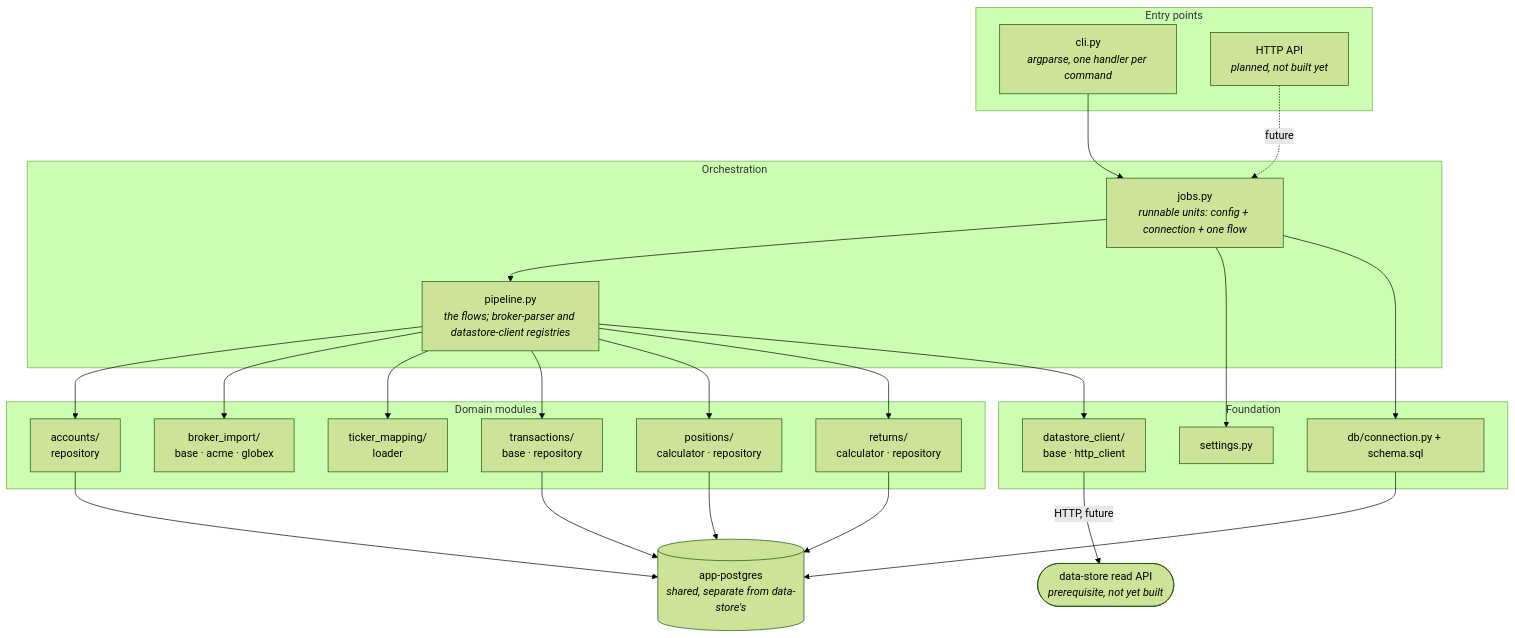
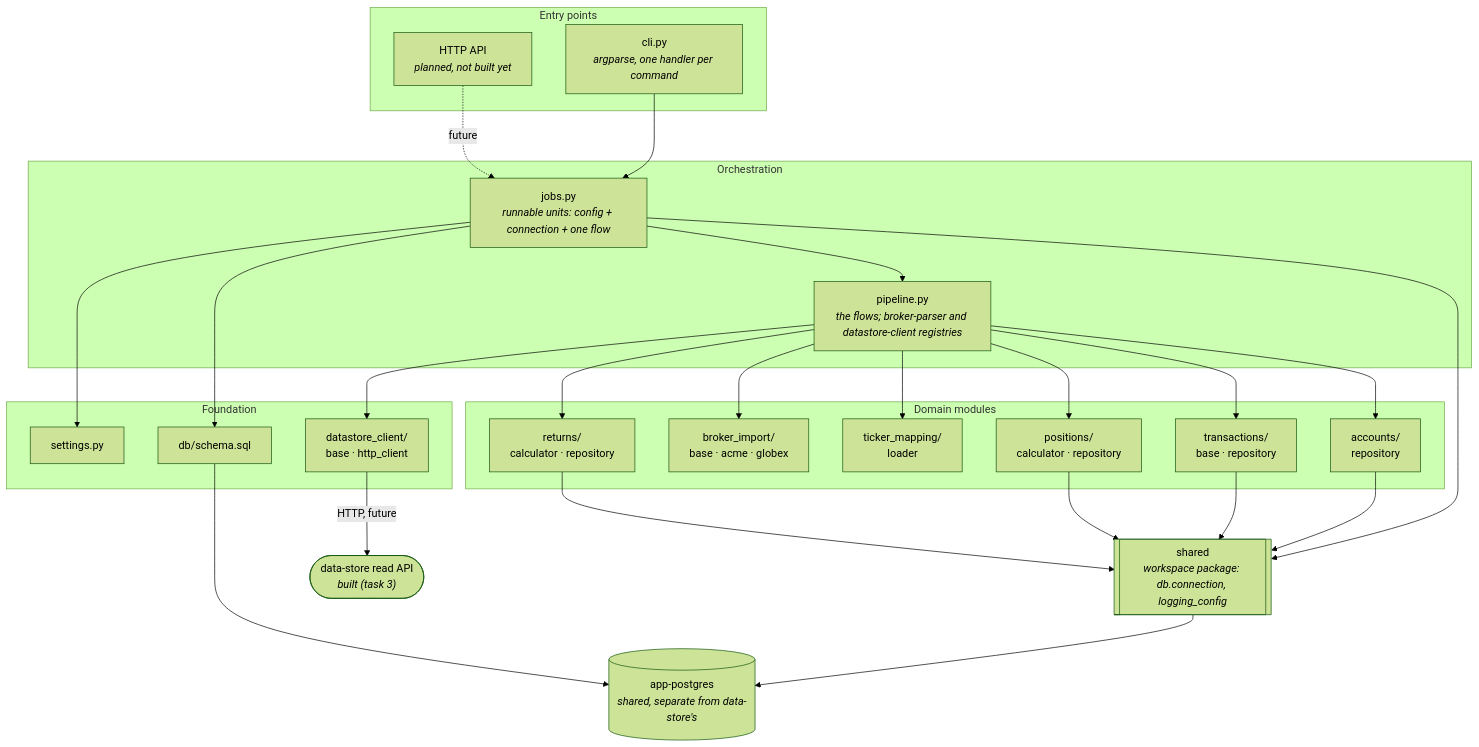
One commit to jpedropereira/Stakehold changed the first of 2 diagrams in services/portfolio/docs/architecture.md. Above: the diagram before and after it, drawn with Mermaid (forest theme). The commit also changed other lines of this file and 23 other files, not shown here.

First line of the commit message:
Add portfolio service foundation and sign off its schema

````diff
--- a/services/portfolio/docs/architecture.md
+++ b/services/portfolio/docs/architecture.md
@@ -55,49 +55,52 @@
 ```mermaid
 flowchart TD
     subgraph entry["Entry points"]
         CLI["cli.py<br/><i>argparse, one handler per command</i>"]
         API["HTTP API<br/><i>planned, not built yet</i>"]
     end
 
     subgraph orch["Orchestration"]
         JOBS["jobs.py<br/><i>runnable units: config + connection + one flow</i>"]
         PIPE["pipeline.py<br/><i>the flows; broker-parser and datastore-client registries</i>"]
     end
 
     subgraph domain["Domain modules"]
         ACC["accounts/<br/>repository"]
         IMP["broker_import/<br/>base · acme · globex"]
         MAP["ticker_mapping/<br/>loader"]
         TXN["transactions/<br/>base · repository"]
         POS["positions/<br/>calculator · repository"]
         RET["returns/<br/>calculator · repository"]
     end
 
     subgraph found["Foundation"]
         SET["settings.py"]
-        DB["db/connection.py + schema.sql"]
+        DB["db/schema.sql"]
         DSC["datastore_client/<br/>base · http_client"]
     end
 
+    SH[["shared<br/><i>workspace package: db.connection, logging_config</i>"]]
     PG[("app-postgres<br/><i>shared, separate from data-store's</i>")]
-    DSAPI(["data-store read API<br/><i>prerequisite, not yet built</i>"])
+    DSAPI(["data-store read API<br/><i>built (task 3)</i>"])
 
     CLI --> JOBS
     API -.future.-> JOBS
     JOBS --> PIPE
     JOBS --> SET
     JOBS --> DB
     PIPE --> ACC
     PIPE --> IMP
     PIPE --> MAP
     PIPE --> TXN
     PIPE --> POS
     PIPE --> RET
     PIPE --> DSC
-    ACC --> PG
-    TXN --> PG
-    POS --> PG
-    RET --> PG
+    JOBS --> SH
+    ACC --> SH
+    TXN --> SH
+    POS --> SH
+    RET --> SH
+    SH --> PG
     DB --> PG
     DSC -->|HTTP, future| DSAPI
 ```
````
